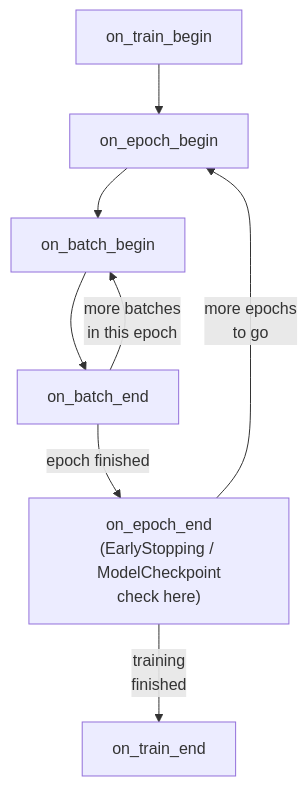
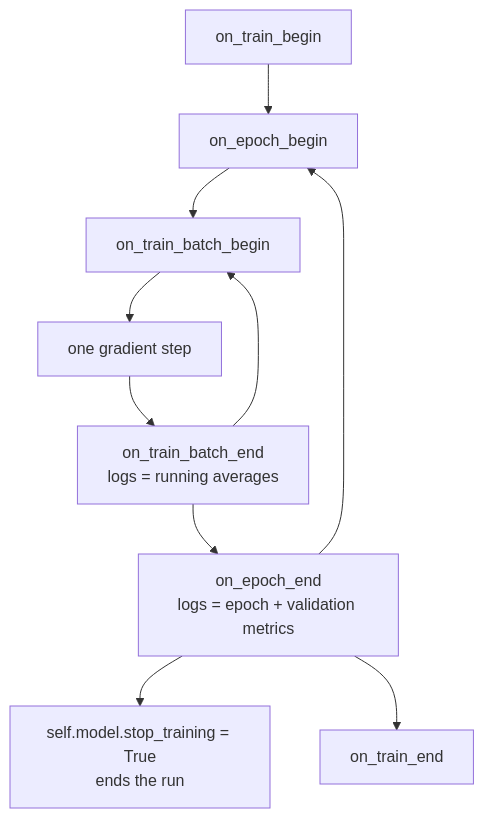
The diagram in src/content/docs/Deep Learning/Phase 02 - Training Deep Neural Networks/Callbacks and TensorBoard.mdx (Ravikisha/PythonCentralHub), drawn with Mermaid before and after one commit. The commit also changed other lines of this file and 626 other files, not shown here.

````diff
--- a/src/content/docs/Deep Learning/Phase 02 - Training Deep Neural Networks/Callbacks and TensorBoard.mdx
+++ b/src/content/docs/Deep Learning/Phase 02 - Training Deep Neural Networks/Callbacks and TensorBoard.mdx
@@ -24,10 +36,12 @@
-```mermaid title="Callback hooks inside model.fit()" desc="Keras calls into every registered callback at each of these points during training."
+```mermaid
 flowchart TD
   A["on_train_begin"] --> B["on_epoch_begin"]
-  B --> C["on_batch_begin"]
-  C --> D["on_batch_end"]
-  D -->|"more batches<br/>in this epoch"| C
-  D -->|"epoch finished"| E["on_epoch_end<br/>(EarlyStopping / ModelCheckpoint<br/>check here)"]
-  E -->|"more epochs<br/>to go"| B
-  E -->|"training<br/>finished"| F["on_train_end"]
+  B --> C["on_train_batch_begin"]
+  C --> D["one gradient step"]
+  D --> E["on_train_batch_end<br/>logs = running averages"]
+  E --> C
+  E --> F["on_epoch_end<br/>logs = epoch + validation metrics"]
+  F --> B
+  F --> G["self.model.stop_training = True<br/>ends the run"]
+  F --> H["on_train_end"]
 ```
````
